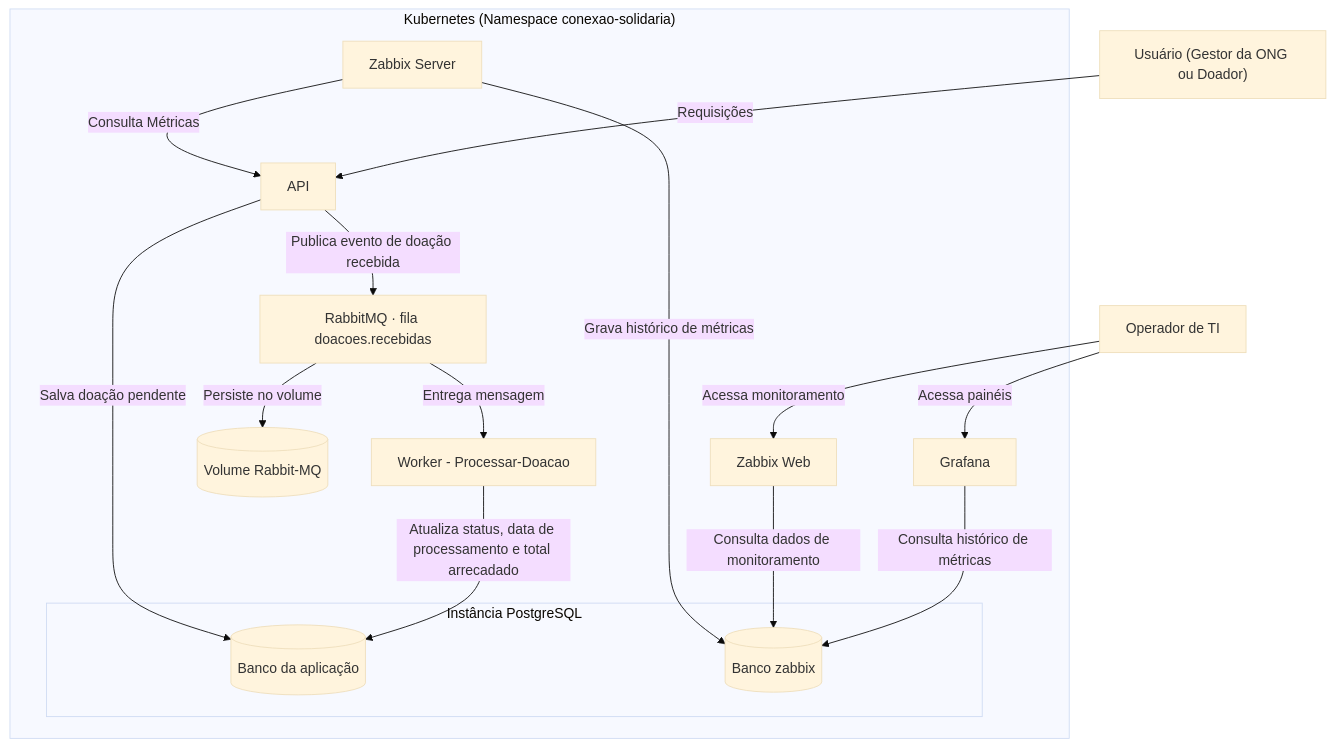
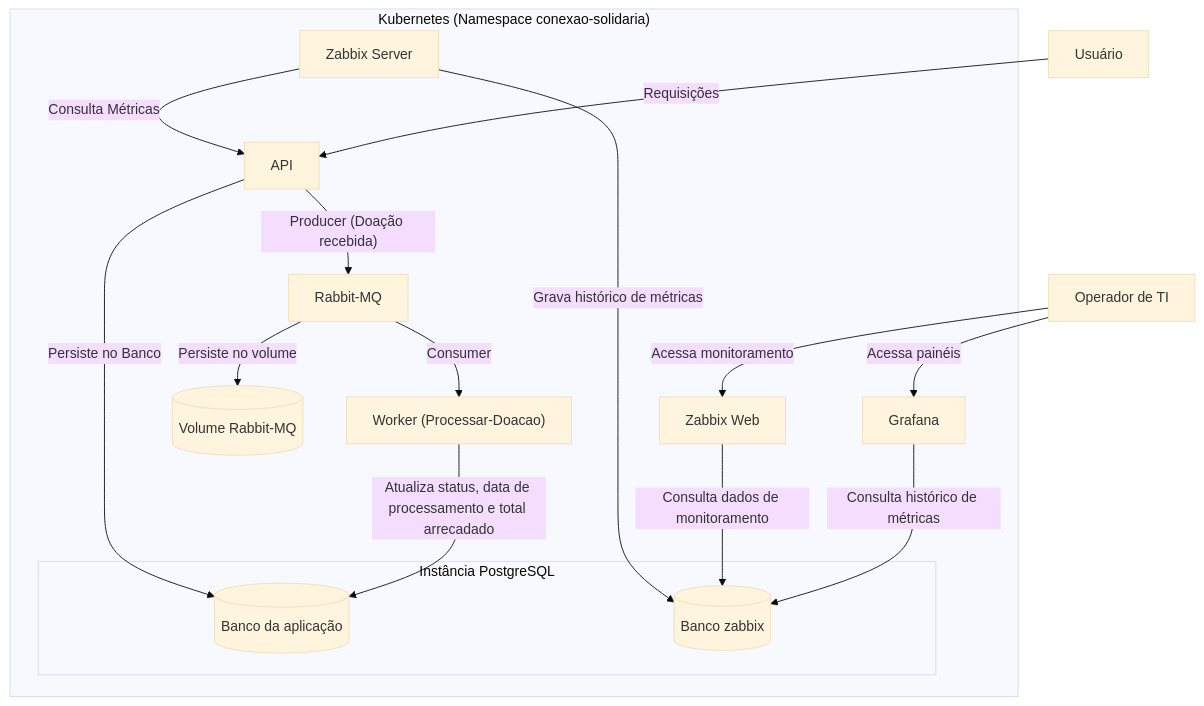
The diagram in README.md (fabioschaffer/ConexaoSolidaria), drawn with Mermaid (base theme) before and after one commit.

Commit message:
Clarify donation processing architecture
Update the README diagram with concise component labels and clarify the donation flow: the API persists data, publishes events to RabbitMQ, and the worker consumes them to update donation status, processing date, and total amount collected. Retain the RabbitMQ persistent volume.

````diff
--- a/README.md
+++ b/README.md
@@ -11,36 +11,36 @@
 ```mermaid
 flowchart TB
-    Cliente["Usuário (Gestor da ONG ou Doador)"]
+    Cliente["Usuário"]
     Operador["Operador de TI"]
 
     subgraph K8s["Kubernetes (Namespace conexao-solidaria)"]
         API["API"]
-        Rabbit["RabbitMQ · fila doacoes.recebidas"]
-        Worker["Worker - Processar-Doacao"]
+        Rabbit["Rabbit-MQ"]
+        Worker["Worker (Processar-Doacao)"]
         RabbitDisk[("Volume Rabbit-MQ")]
 
         subgraph PG["Instância PostgreSQL"]
             AppDB[("Banco da aplicação")]
             ZabbixDB[("Banco zabbix")]
         end
 
         Zabbix["Zabbix Server"]
         ZabbixWeb["Zabbix Web"]
         Grafana["Grafana"]
 
-        API -->|"Salva doação pendente"| AppDB
-        API -->|"Publica evento de doação recebida"| Rabbit
-        Rabbit -->|"Entrega mensagem"| Worker
+        API -->|"Persiste no Banco"| AppDB
+        API -->|"Producer (Doação recebida)"| Rabbit
+        Rabbit -->|"Consumer"| Worker
         Rabbit -->|"Persiste no volume"| RabbitDisk
         Worker -->|"Atualiza status, data de processamento e total arrecadado"| AppDB
 
         Zabbix -->|"Consulta Métricas"| API
         Zabbix -->|"Grava histórico de métricas"| ZabbixDB
         ZabbixWeb -->|"Consulta dados de monitoramento"| ZabbixDB
         Grafana -->|"Consulta histórico de métricas"| ZabbixDB
     end
 
     Cliente -->|"Requisições"| API
     Operador -->|"Acessa painéis"| Grafana
     Operador -->|"Acessa monitoramento"| ZabbixWeb
 ```
````
